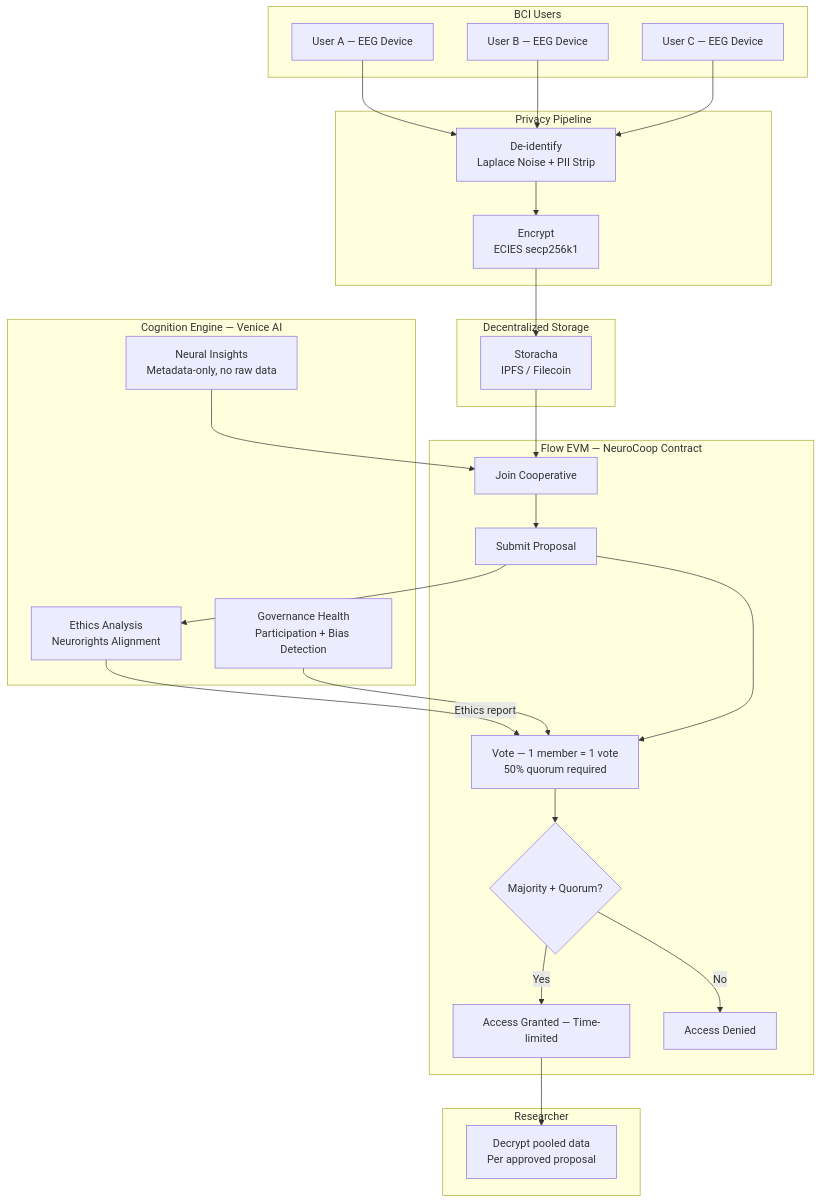
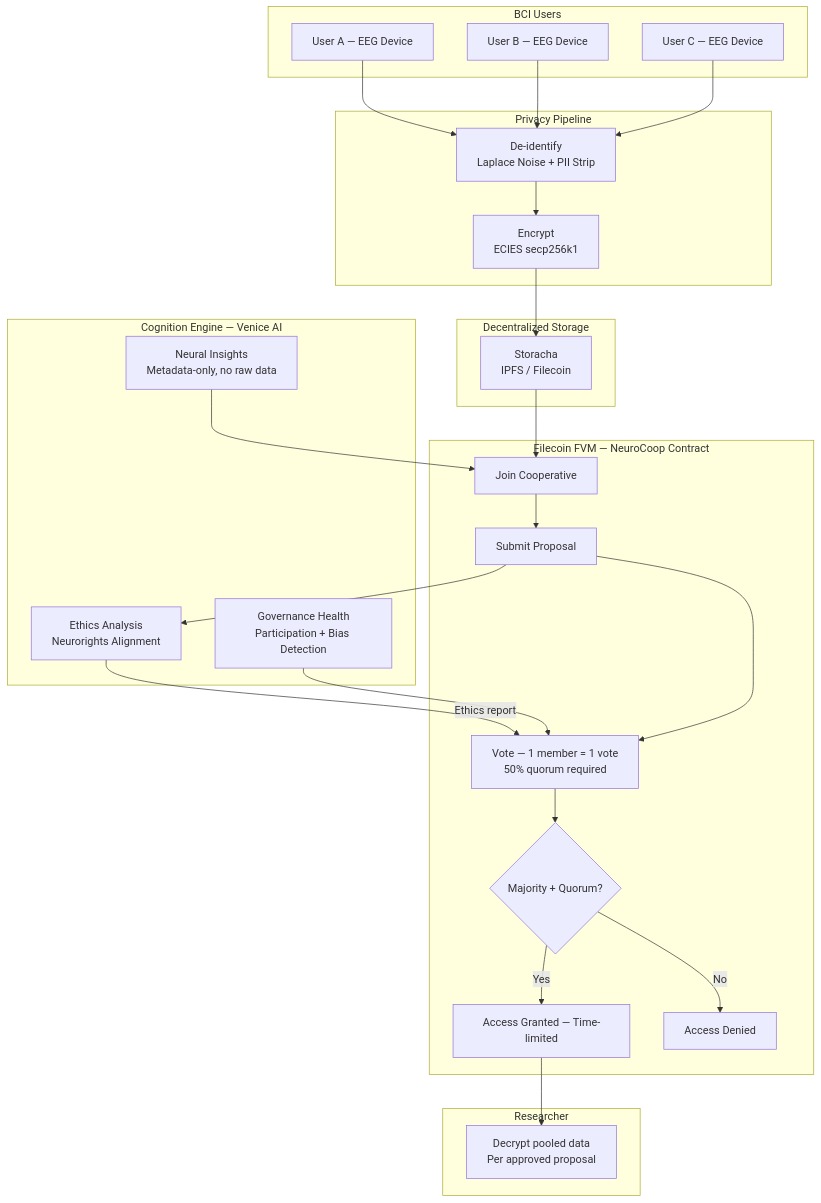
Before and after one commit to geeythree/NeuroCoop: the diagram in README.md, drawn with Mermaid. The commit also changed other lines of this file and 8 other files, not shown here.

First line of the commit message:
Submission-ready: purge all Flow refs, fix Railway startup, docs polish

````diff
--- a/README.md
+++ b/README.md
@@ -50,53 +50,53 @@
 ```mermaid
 graph TB
     subgraph "BCI Users"
         A[User A — EEG Device]
         B[User B — EEG Device]
         C[User C — EEG Device]
     end
 
     subgraph "Privacy Pipeline"
         D[De-identify<br/>Laplace Noise + PII Strip]
         E[Encrypt<br/>ECIES secp256k1]
     end
 
     subgraph "Decentralized Storage"
         F[Storacha<br/>IPFS / Filecoin]
     end
 
     subgraph "Cognition Engine — Venice AI"
         G[Ethics Analysis<br/>Neurorights Alignment]
         H[Neural Insights<br/>Metadata-only, no raw data]
         I[Governance Health<br/>Participation + Bias Detection]
     end
 
-    subgraph "Flow EVM — NeuroCoop Contract"
+    subgraph "Filecoin FVM — NeuroCoop Contract"
         J[Join Cooperative]
         K[Submit Proposal]
         L[Vote — 1 member = 1 vote<br/>50% quorum required]
         M{Majority + Quorum?}
         N[Access Granted — Time-limited]
         O[Access Denied]
     end
 
     subgraph "Researcher"
         P[Decrypt pooled data<br/>Per approved proposal]
     end
 
     A --> D
     B --> D
     C --> D
     D --> E
     E --> F
     F --> J
     K --> G
     G -->|Ethics report| L
     J --> K
     K --> L
     L --> M
     M -->|Yes| N
     M -->|No| O
     N --> P
     H --> J
     I --> L
 ```
````
